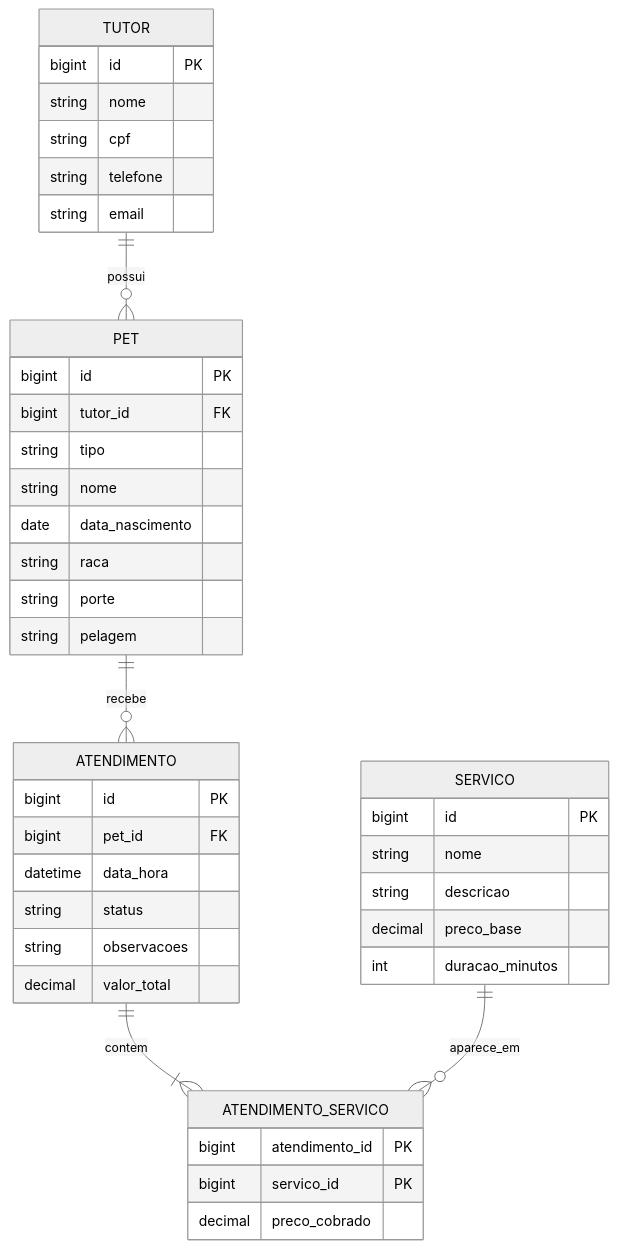
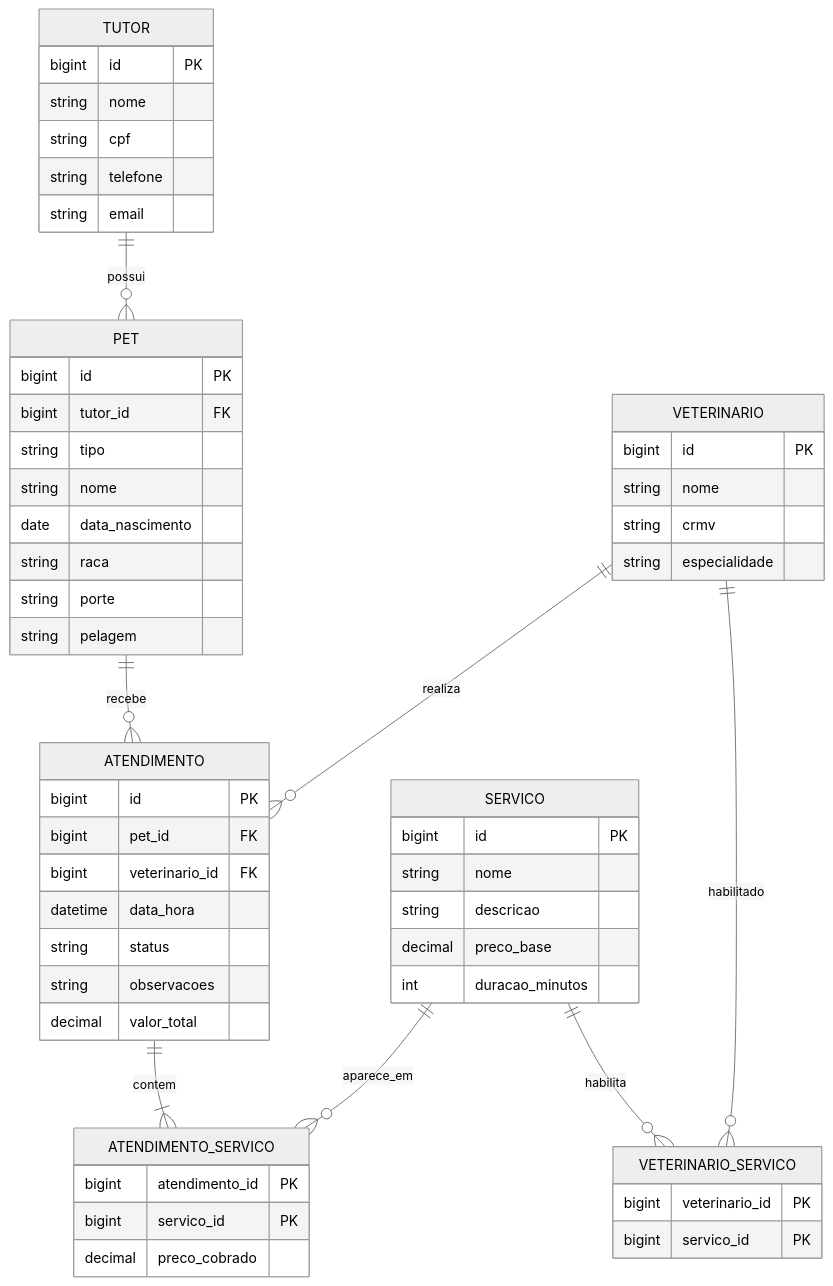
The diagram in README.md (BeatrizSantos00/Trabalho-Semestral---LPII), drawn with Mermaid (neutral theme) before and after one commit. The commit also changed other lines of this file, not shown here.

````diff
--- a/README.md
+++ b/README.md
@@ -14,44 +14,58 @@
 ```mermaid
 erDiagram
     TUTOR ||--o{ PET : possui
     PET ||--o{ ATENDIMENTO : recebe
+    VETERINARIO ||--o{ ATENDIMENTO : realiza
     ATENDIMENTO ||--|{ ATENDIMENTO_SERVICO : contem
     SERVICO ||--o{ ATENDIMENTO_SERVICO : aparece_em
+    VETERINARIO ||--o{ VETERINARIO_SERVICO : habilitado
+    SERVICO ||--o{ VETERINARIO_SERVICO : habilita
     TUTOR {
         bigint id PK
         string nome
         string cpf
         string telefone
         string email
     }
     PET {
         bigint id PK
         bigint tutor_id FK
         string tipo
         string nome
         date data_nascimento
         string raca
         string porte
         string pelagem
     }
+    VETERINARIO {
+        bigint id PK
+        string nome
+        string crmv
+        string especialidade
+    }
     SERVICO {
         bigint id PK
         string nome
         string descricao
         decimal preco_base
         int duracao_minutos
     }
     ATENDIMENTO {
         bigint id PK
         bigint pet_id FK
+        bigint veterinario_id FK
         datetime data_hora
         string status
         string observacoes
         decimal valor_total
     }
     ATENDIMENTO_SERVICO {
         bigint atendimento_id PK
         bigint servico_id PK
         decimal preco_cobrado
     }
+    VETERINARIO_SERVICO {
+        bigint veterinario_id PK
+        bigint servico_id PK
+    }
 ```
````
